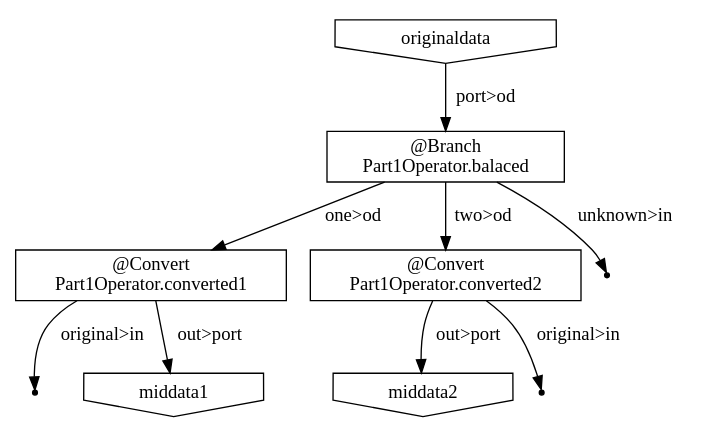
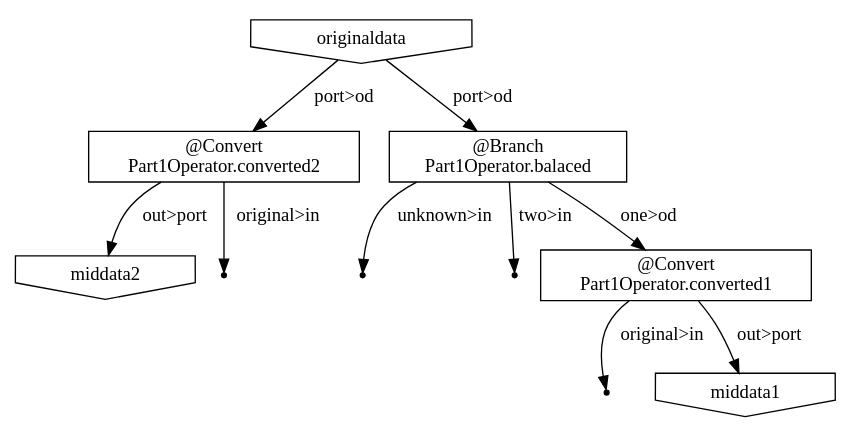
One commit to ironpeace/AsakusaFlowPartSample changed the diagram in target/testdriver/batchcwork/bin/META-INF/visualize/flowgraph.dot. Above: the diagram before and after it, drawn with Graphviz. The commit also changed 38 other files, not shown here.

```diff
--- a/target/testdriver/batchcwork/bin/META-INF/visualize/flowgraph.dot
+++ b/target/testdriver/batchcwork/bin/META-INF/visualize/flowgraph.dot
@@ -1,19 +1,21 @@
 digraph {
-    "61f979d7-d65b-485e-899d-97e38c016881" [shape=invhouse, label="middata2"];
-    "34677e41-dbe1-4314-8c5a-74dd0dbcc5ed" [shape=box, label="@Convert\nPart1Operator.converted1"];
-    "4f714891-4a5d-4678-af6f-415ed32aee78" [shape=box, label="@Branch\nPart1Operator.balaced"];
-    "2fef744f-c73c-46de-ae4f-bf551d6a7d18" [shape=point];
-    "8e477299-cd5c-4122-a0df-31c06a5d2dc3" [shape=box, label="@Convert\nPart1Operator.converted2"];
-    "63ce9b54-72e4-4353-bae2-48078ed3da04" [shape=invhouse, label="originaldata"];
-    "a1efd4c9-f2e7-4ac4-b4eb-f3c596e7e0a3" [shape=point];
-    "cbecf843-eba3-48f3-9a41-a69ec9fbf2bb" [shape=invhouse, label="middata1"];
-    "cfa0b5f4-4613-4570-ba47-494bbdc5f02c" [shape=point];
-    "34677e41-dbe1-4314-8c5a-74dd0dbcc5ed" -> "a1efd4c9-f2e7-4ac4-b4eb-f3c596e7e0a3" [label="original>in"];
-    "34677e41-dbe1-4314-8c5a-74dd0dbcc5ed" -> "cbecf843-eba3-48f3-9a41-a69ec9fbf2bb" [label="out>port"];
-    "4f714891-4a5d-4678-af6f-415ed32aee78" -> "34677e41-dbe1-4314-8c5a-74dd0dbcc5ed" [label="one>od"];
-    "4f714891-4a5d-4678-af6f-415ed32aee78" -> "8e477299-cd5c-4122-a0df-31c06a5d2dc3" [label="two>od"];
-    "4f714891-4a5d-4678-af6f-415ed32aee78" -> "cfa0b5f4-4613-4570-ba47-494bbdc5f02c" [label="unknown>in"];
-    "8e477299-cd5c-4122-a0df-31c06a5d2dc3" -> "2fef744f-c73c-46de-ae4f-bf551d6a7d18" [label="original>in"];
-    "8e477299-cd5c-4122-a0df-31c06a5d2dc3" -> "61f979d7-d65b-485e-899d-97e38c016881" [label="out>port"];
-    "63ce9b54-72e4-4353-bae2-48078ed3da04" -> "4f714891-4a5d-4678-af6f-415ed32aee78" [label="port>od"];
+    "757d2516-85c4-4f39-aa63-6ec1e78cc91e" [shape=point];
+    "3b5a0801-7c16-42c6-8b98-cb8ab5905688" [shape=point];
+    "ac8117c7-895c-4f4c-90eb-170aebb12177" [shape=point];
+    "22a774f4-957a-4642-a708-cf1b0b048fbb" [shape=invhouse, label="middata1"];
+    "2a27cc5d-fbed-47df-869a-4319c0d99272" [shape=invhouse, label="originaldata"];
+    "928f2d00-04cf-4aa5-b0a4-51586063adef" [shape=box, label="@Convert\nPart1Operator.converted1"];
+    "3e53b047-31e6-4b22-839f-23404d60742b" [shape=box, label="@Convert\nPart1Operator.converted2"];
+    "ba43fb18-e7ba-4c55-a5c9-331c3ab56aa1" [shape=invhouse, label="middata2"];
+    "ceb53937-7298-4496-8a8d-9c68d0510f4a" [shape=point];
+    "b014fff7-1620-4d0f-9847-25d7e4b833d8" [shape=box, label="@Branch\nPart1Operator.balaced"];
+    "2a27cc5d-fbed-47df-869a-4319c0d99272" -> "3e53b047-31e6-4b22-839f-23404d60742b" [label="port>od"];
+    "2a27cc5d-fbed-47df-869a-4319c0d99272" -> "b014fff7-1620-4d0f-9847-25d7e4b833d8" [label="port>od"];
+    "928f2d00-04cf-4aa5-b0a4-51586063adef" -> "ac8117c7-895c-4f4c-90eb-170aebb12177" [label="original>in"];
+    "928f2d00-04cf-4aa5-b0a4-51586063adef" -> "22a774f4-957a-4642-a708-cf1b0b048fbb" [label="out>port"];
+    "3e53b047-31e6-4b22-839f-23404d60742b" -> "ceb53937-7298-4496-8a8d-9c68d0510f4a" [label="original>in"];
+    "3e53b047-31e6-4b22-839f-23404d60742b" -> "ba43fb18-e7ba-4c55-a5c9-331c3ab56aa1" [label="out>port"];
+    "b014fff7-1620-4d0f-9847-25d7e4b833d8" -> "928f2d00-04cf-4aa5-b0a4-51586063adef" [label="one>od"];
+    "b014fff7-1620-4d0f-9847-25d7e4b833d8" -> "3b5a0801-7c16-42c6-8b98-cb8ab5905688" [label="two>in"];
+    "b014fff7-1620-4d0f-9847-25d7e4b833d8" -> "757d2516-85c4-4f39-aa63-6ec1e78cc91e" [label="unknown>in"];
 }
```
